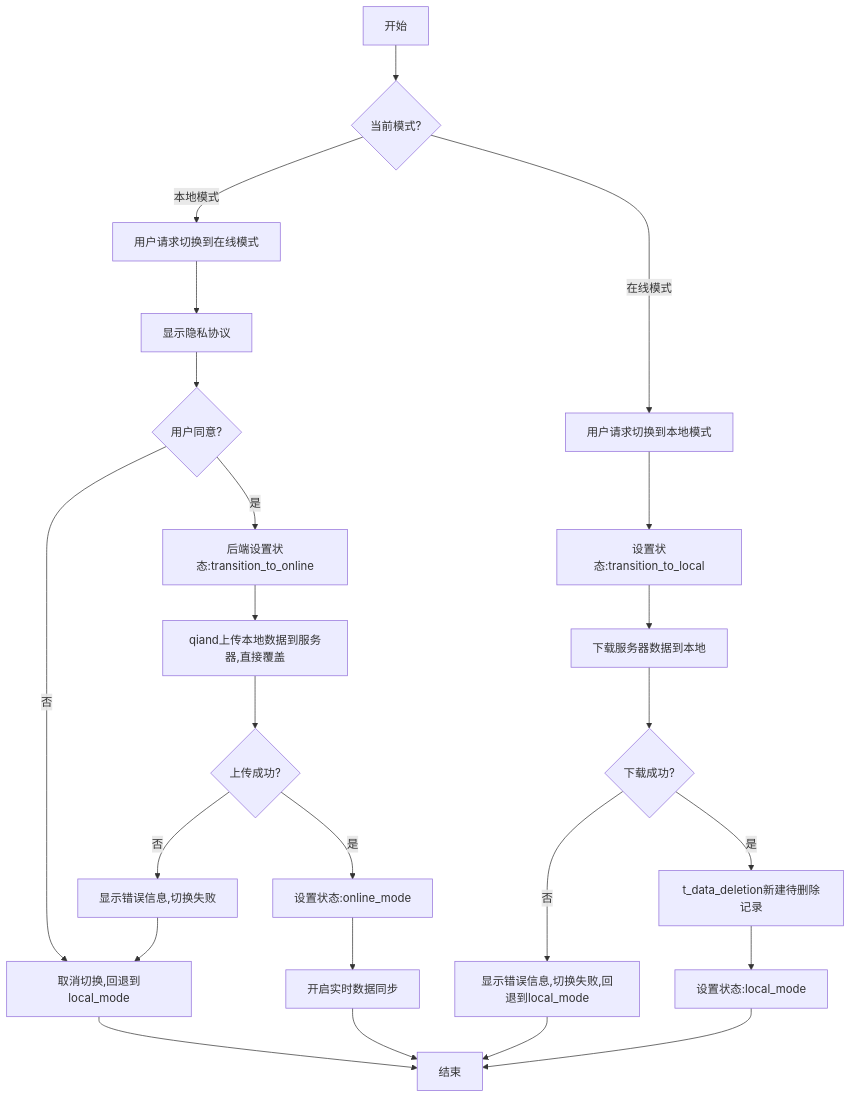
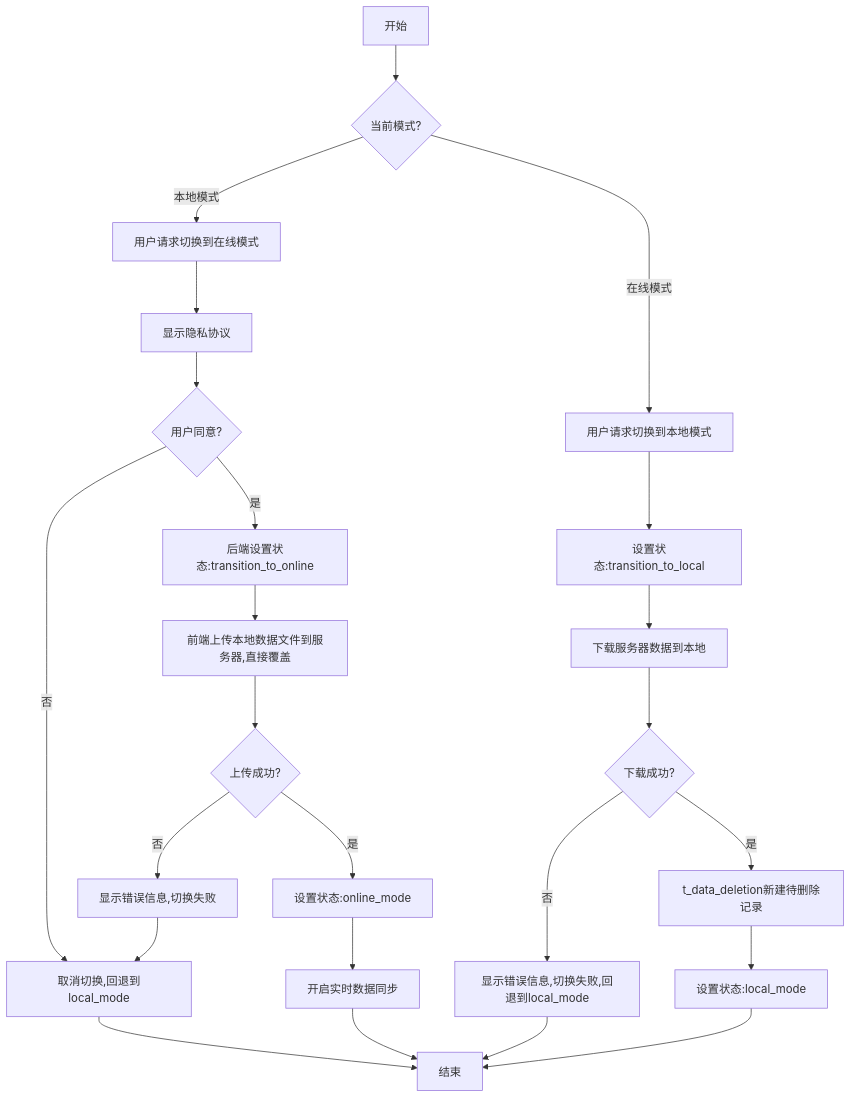
One commit to yingjianzh/iodraw-files changed the diagram in all/未命名-58.md. Above: the diagram before and after it, drawn with Mermaid.

Commit message:
2025-05-14 09:37:33 update

````diff
--- a/all/未命名-58.md
+++ b/all/未命名-58.md
@@ -1,33 +1,33 @@
 ```mermaid
 
 flowchart TD
     A[开始] --> B{当前模式?}
     
     B -->|本地模式| C[用户请求切换到在线模式]
     C --> F[显示隐私协议]
     F --> G{用户同意?}
     G -->|否| H[取消切换,回退到local_mode]
     H --> Z[结束]
     G -->|是| I[后端设置状态:transition_to_online]
-    I --> O[qiand上传本地数据到服务器,直接覆盖]
+    I --> O[前端上传本地数据文件到服务器,直接覆盖]
     O --> P{上传成功?}
     P -->|否| Q[显示错误信息,切换失败]
     Q --> H
     P -->|是| R[设置状态:online_mode]
     R --> S[开启实时数据同步]
     S --> Z
     
     B -->|在线模式| T[用户请求切换到本地模式]
     T --> U[设置状态:transition_to_local]
     U --> X[下载服务器数据到本地]
     X --> Y{下载成功?}
     Y -->|否| AA2[显示错误信息,切换失败,回退到local_mode]
     AA2 --> Z
     Y -->|是| AB2[t_data_deletion新建待删除记录]
 
 
 
     AB2 -->AE[设置状态:local_mode]
     AE --> Z
 
 ```
````
